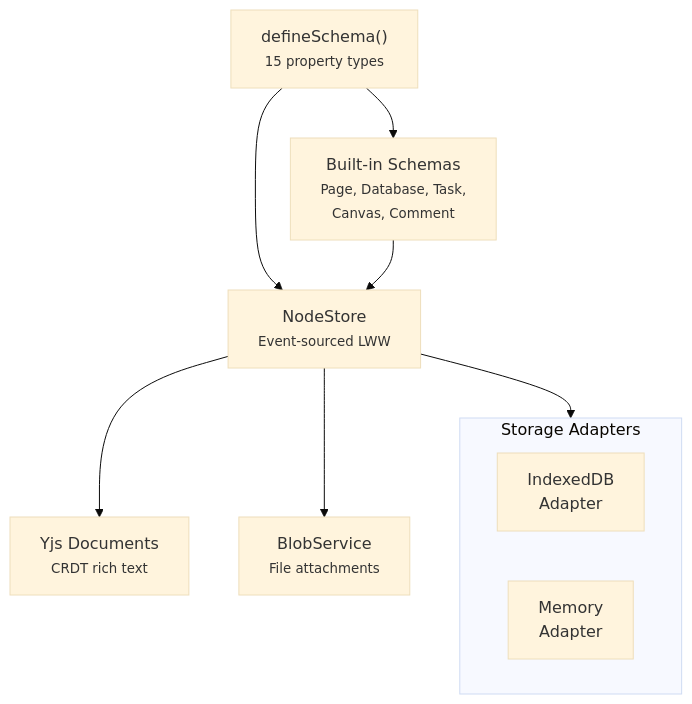
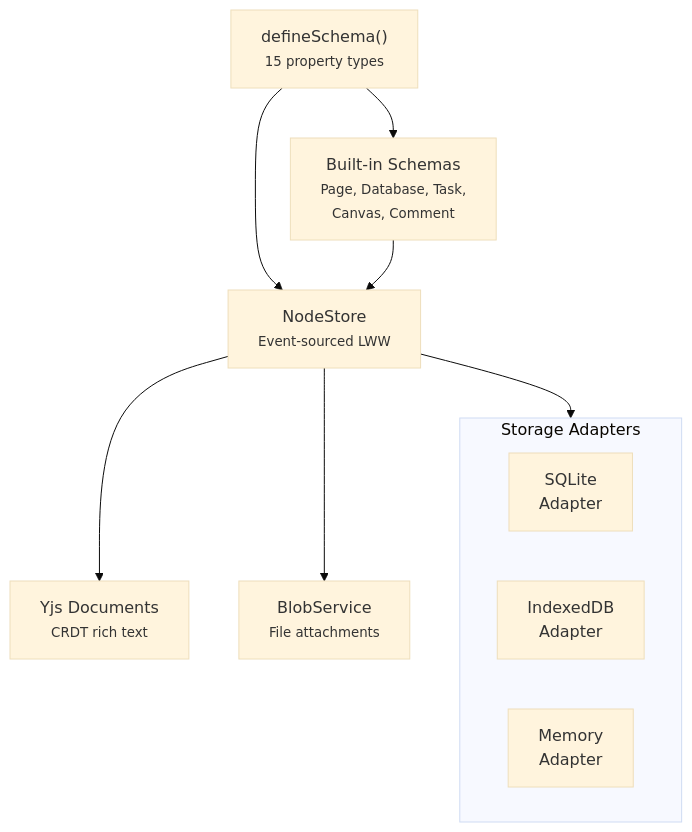
Before and after one commit to crs48/xNet: the diagram in packages/data/README.md, drawn with Mermaid (base theme). The commit also changed other lines of this file and 2 other files, not shown here.

First line of the commit message:
docs(data): update README with SQLite adapter documentation

````diff
--- a/packages/data/README.md
+++ b/packages/data/README.md
@@ -124,21 +124,22 @@
 ```mermaid
 flowchart TD
     Schema["defineSchema()<br/><small>15 property types</small>"]
     Store["NodeStore<br/><small>Event-sourced LWW</small>"]
     Doc["Yjs Documents<br/><small>CRDT rich text</small>"]
     Blob["BlobService<br/><small>File attachments</small>"]
     Builtin["Built-in Schemas<br/><small>Page, Database, Task,<br/>Canvas, Comment</small>"]
 
     Schema --> Store
     Schema --> Builtin
     Store --> Doc
     Store --> Blob
     Builtin --> Store
 
     subgraph Adapters["Storage Adapters"]
+        SQLite["SQLite<br/>Adapter"]
         IDB["IndexedDB<br/>Adapter"]
         Mem["Memory<br/>Adapter"]
     end
 
     Store --> Adapters
 ```
````
